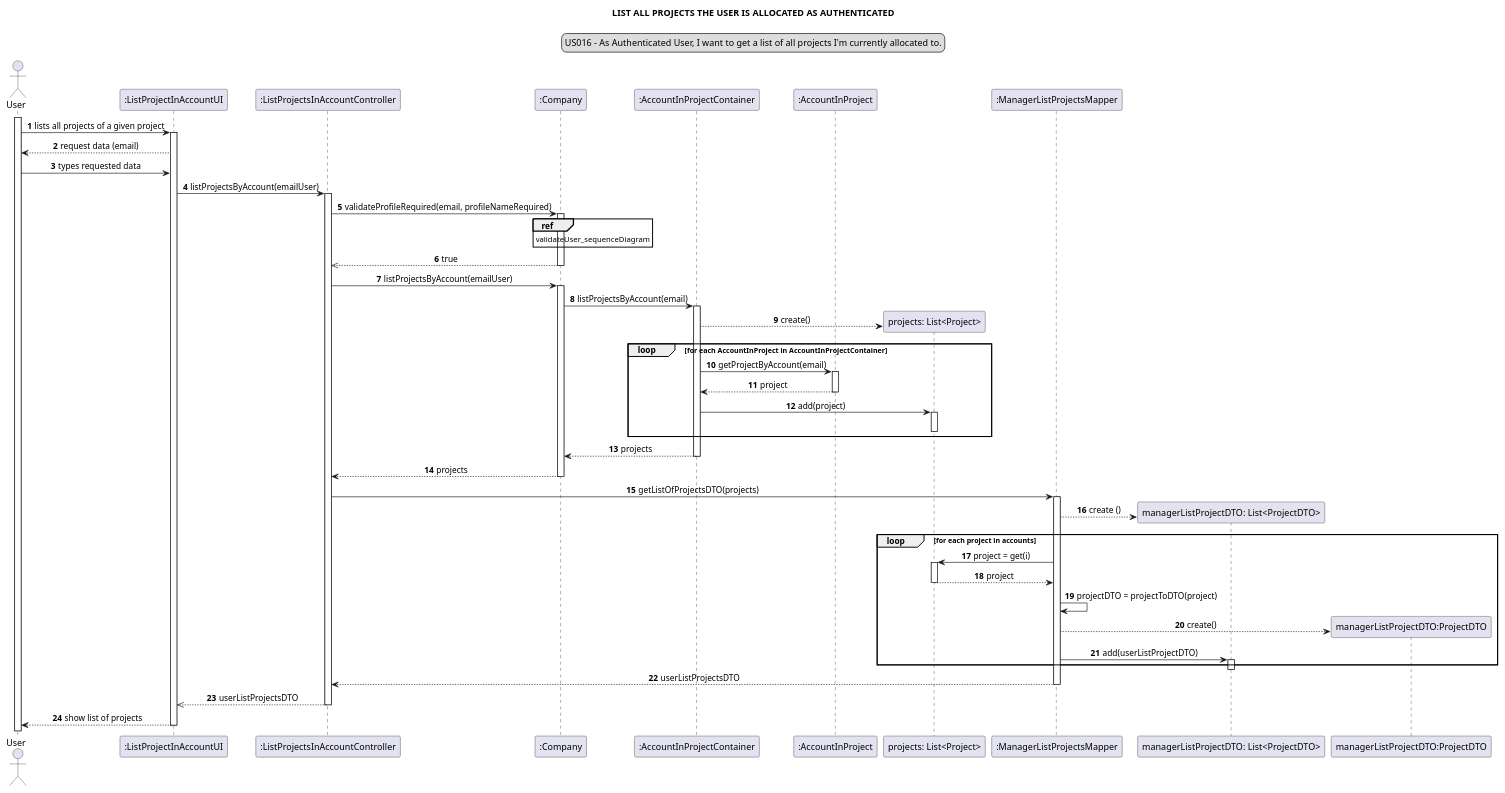
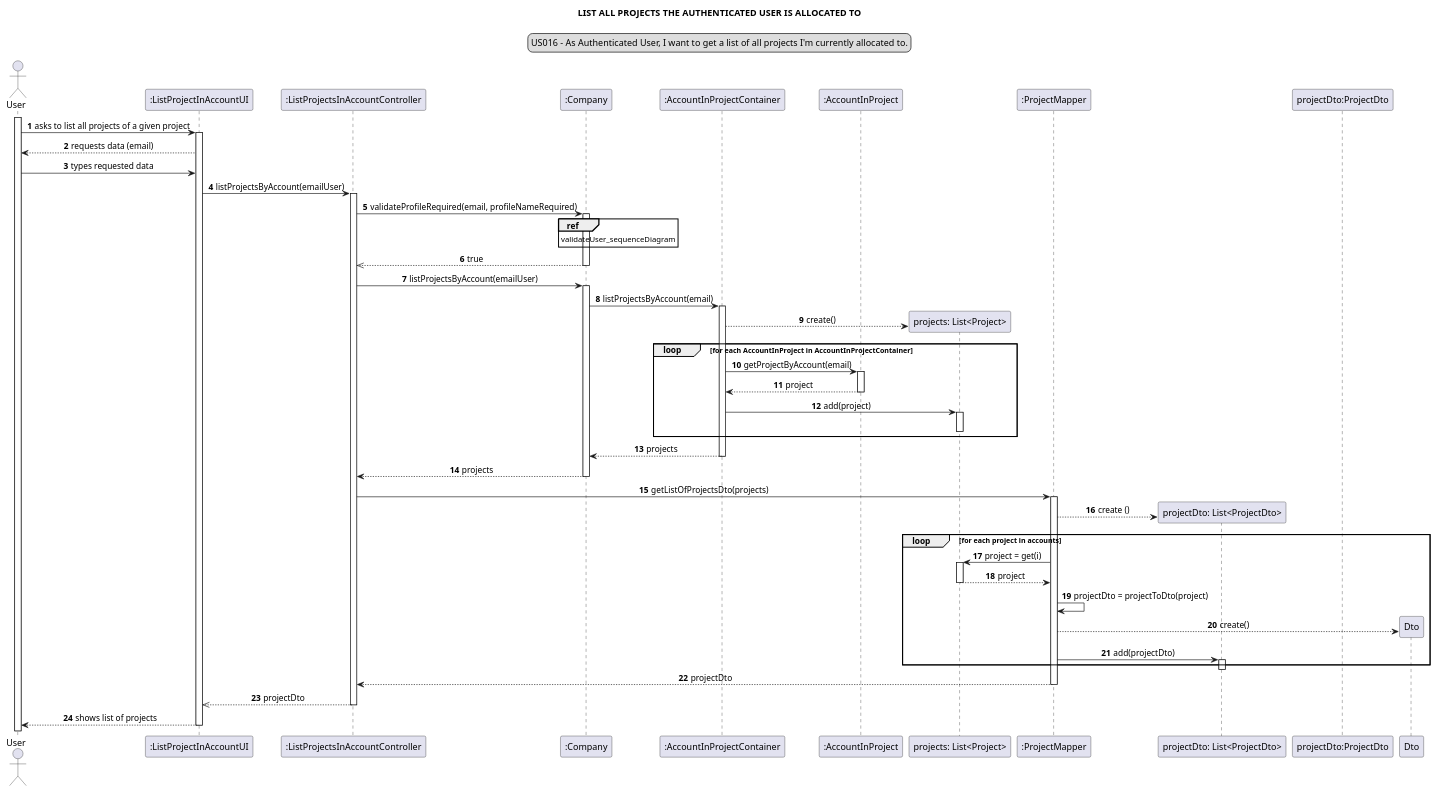
One commit to Loracline/project_switch_22-23 changed the diagram in docs/modelling_design/user_stories/sprint02/us016/US016_sequenceDiagram.puml. Above: the diagram before and after it, drawn with PlantUML. The commit also changed 20 other files, not shown here.

```diff
--- a/docs/modelling_design/user_stories/sprint02/us016/US016_sequenceDiagram.puml
+++ b/docs/modelling_design/user_stories/sprint02/us016/US016_sequenceDiagram.puml
@@ -1,71 +1,75 @@
 @startuml
+
 skinparam sequenceMessageAlign center
-title LIST ALL PROJECTS THE USER IS ALLOCATED AS AUTHENTICATED
+title LIST ALL PROJECTS THE AUTHENTICATED USER IS ALLOCATED TO
 legend top
 US016 - As Authenticated User, I want to get a list of all projects I'm currently allocated to.
 end legend
 autonumber
 actor User
+
 participant ":ListProjectInAccountUI" as ui
 participant ":ListProjectsInAccountController" as controller
 participant ":Company" as company
 participant ":AccountInProjectContainer" as aipc
 participant ":AccountInProject" as aip
 participant "projects: List<Project>" as list
-participant ":ManagerListProjectsMapper" as pm
-participant "managerListProjectDTO: List<ProjectDTO>" as listDTO
-participant "managerListProjectDTO:ProjectDTO" as DTO
+participant ":ProjectMapper" as pm
+participant "projectDto: List<ProjectDto>" as listDto
+participant "projectDto:ProjectDto" as dto
+
 activate User
-User -> ui: lists all projects of a given project
+User -> ui: asks to list all projects of a given project
 activate ui
-ui --> User: request data (email)
+ui --> User: requests data (email)
 User -> ui: types requested data
 ui -> controller: listProjectsByAccount(emailUser)
 activate controller
 controller -> company: validateProfileRequired(email, profileNameRequired)
 activate company
 ref over company: validateUser_sequenceDiagram
 company -->> controller: true
 deactivate company
 controller -> company: listProjectsByAccount(emailUser)
 activate company
 company -> aipc: listProjectsByAccount(email)
 activate aipc
 create list
 aipc --> list :create()
 loop for each AccountInProject in AccountInProjectContainer
 aipc -> aip : getProjectByAccount(email)
 activate aip
 aip --> aipc : project
 deactivate aip
 aipc -> list : add(project)
 activate list
 deactivate list
 end loop
 aipc --> company : projects
 deactivate aipc
 company --> controller: projects
 deactivate company
-controller -> pm: getListOfProjectsDTO(projects)
+controller -> pm: getListOfProjectsDto(projects)
 activate pm
-create listDTO
-pm --> listDTO: create ()
+create listDto
+pm --> listDto: create ()
 loop for each project in accounts
 pm -> list: project = get(i)
 activate list
 list --> pm: project
 deactivate list
-pm -> pm: projectDTO = projectToDTO(project)
-create DTO
-pm --> DTO : create()
-pm ->listDTO :add(userListProjectDTO)
-activate listDTO
+pm -> pm: projectDto = projectToDto(project)
+create Dto
+pm --> Dto : create()
+pm ->listDto :add(projectDto)
+activate listDto
 end loop
-deactivate listDTO
-pm --> controller :userListProjectsDTO
+deactivate listDto
+pm --> controller: projectDto
 deactivate pm
-controller -->> ui: userListProjectsDTO
+controller -->> ui: projectDto
 deactivate controller
-ui --> User: show list of projects
+ui --> User: shows list of projects
 deactivate ui
+
 @enduml
```
